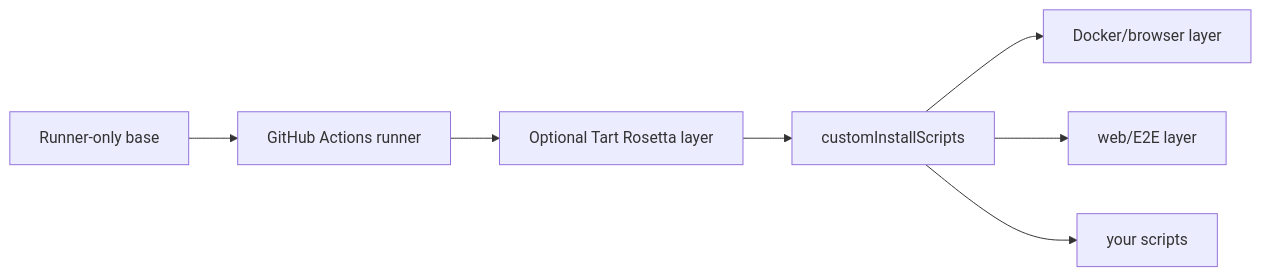
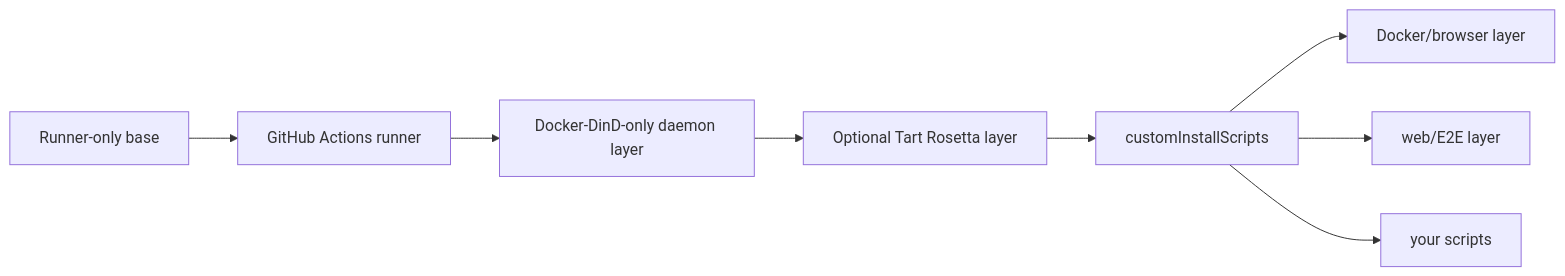
The second of 2 diagrams in docs/image-build.md (solutionforest/ephemeral-action-runner), drawn with Mermaid before and after one commit. The commit also changed other lines of this file and 30 other files, not shown here.

Commit message:
Add Docker-DinD provider

````diff
--- a/docs/image-build.md
+++ b/docs/image-build.md
@@ -40,9 +49,10 @@
 ```mermaid
 flowchart LR
   Base["Runner-only base"] --> Runner["GitHub Actions runner"]
-  Runner --> Rosetta["Optional Tart Rosetta layer"]
+  Runner --> DinD["Docker-DinD-only daemon layer"]
+  DinD --> Rosetta["Optional Tart Rosetta layer"]
   Rosetta --> Optional["customInstallScripts"]
   Optional --> Docker["Docker/browser layer"]
   Optional --> Web["web/E2E layer"]
   Optional --> Yours["your scripts"]
 ```
````
